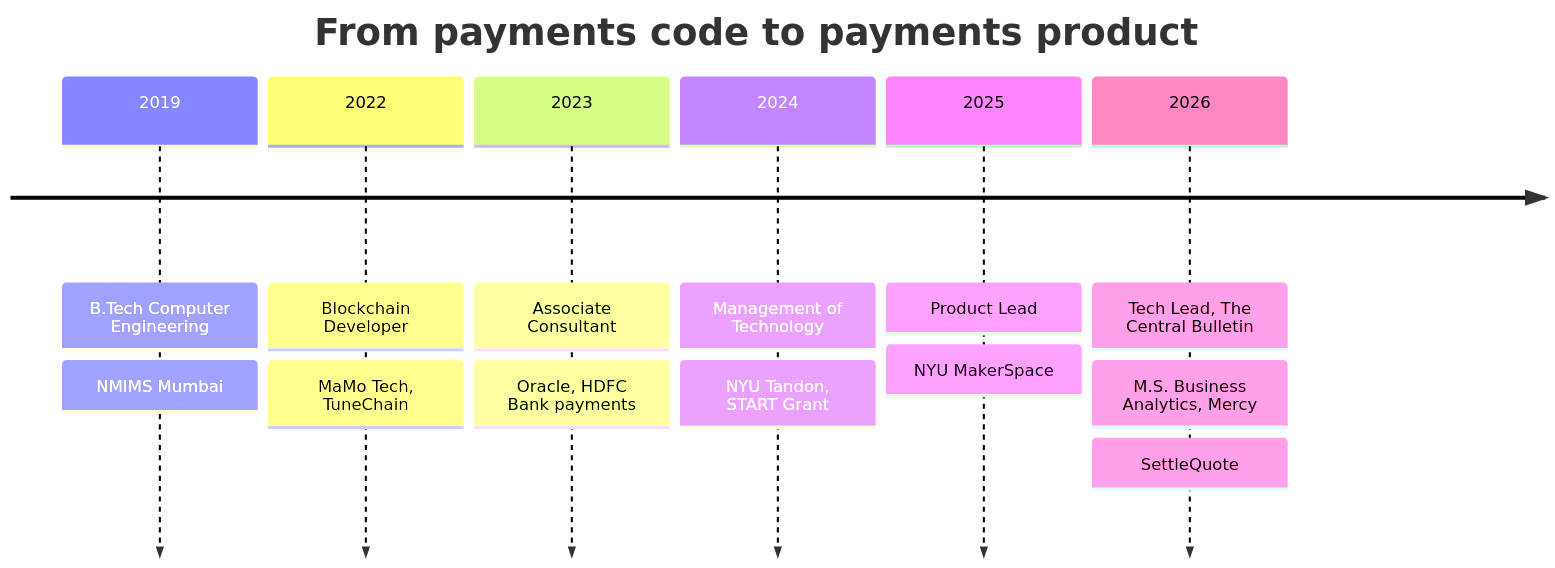
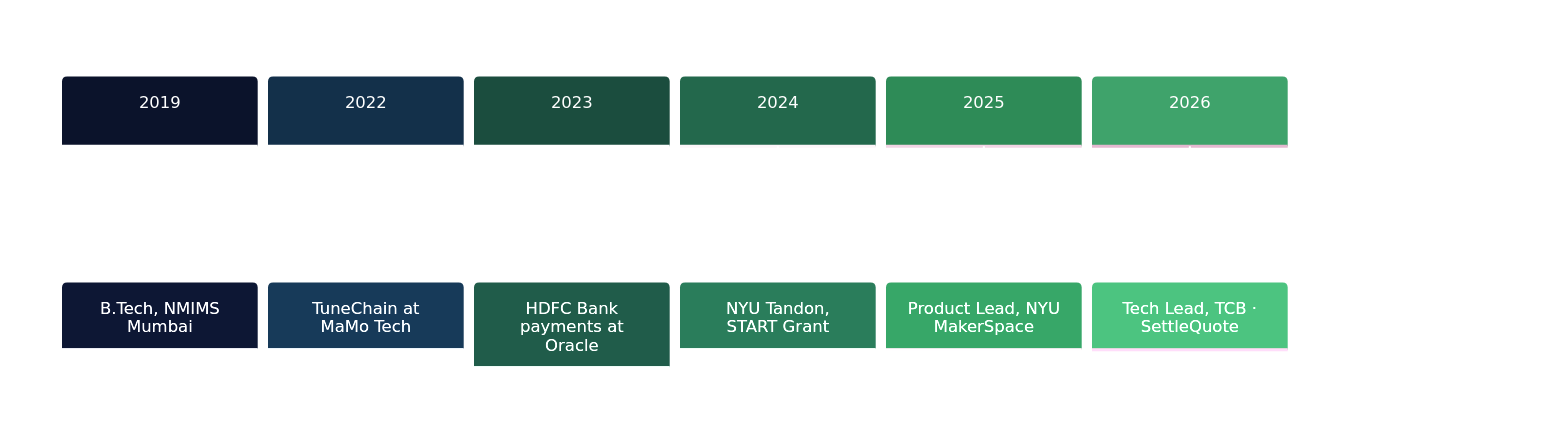
Before and after one commit to alpeshranjan/alpeshranjan: the first of 2 diagrams in README.md, drawn with Mermaid. The commit also changed other lines of this file, not shown here.

Commit message:
Recolor and simplify the diagrams

````diff
--- a/README.md
+++ b/README.md
@@ -102,17 +102,11 @@
 ```mermaid
+%%{init: {'theme':'base','themeVariables':{'cScale0':'#0B132B','cScale1':'#13304A','cScale2':'#1B4D3E','cScale3':'#23684C','cScale4':'#2E8B57','cScale5':'#3FA36B','cScaleLabel0':'#ffffff','cScaleLabel1':'#ffffff','cScaleLabel2':'#ffffff','cScaleLabel3':'#ffffff','cScaleLabel4':'#ffffff','cScaleLabel5':'#ffffff','primaryColor':'#0B132B','primaryTextColor':'#ffffff','lineColor':'#2E8B57'}}}%%
 timeline
     title From payments code to payments product
-    2019 : B.Tech Computer Engineering
-         : NMIMS Mumbai
-    2022 : Blockchain Developer
-         : MaMo Tech, TuneChain
-    2023 : Associate Consultant
-         : Oracle, HDFC Bank payments
-    2024 : Management of Technology
-         : NYU Tandon, START Grant
-    2025 : Product Lead
-         : NYU MakerSpace
-    2026 : Tech Lead, The Central Bulletin
-         : M.S. Business Analytics, Mercy
-         : SettleQuote
+    2019 : B.Tech, NMIMS Mumbai
+    2022 : TuneChain at MaMo Tech
+    2023 : HDFC Bank payments at Oracle
+    2024 : NYU Tandon, START Grant
+    2025 : Product Lead, NYU MakerSpace
+    2026 : Tech Lead, TCB · SettleQuote
 ```
````
